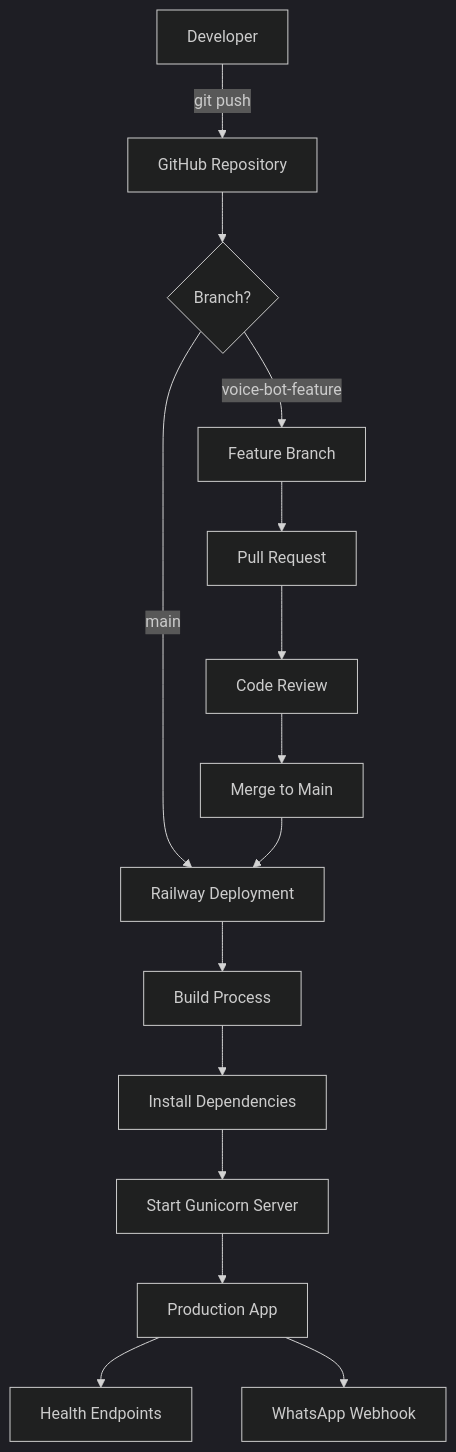
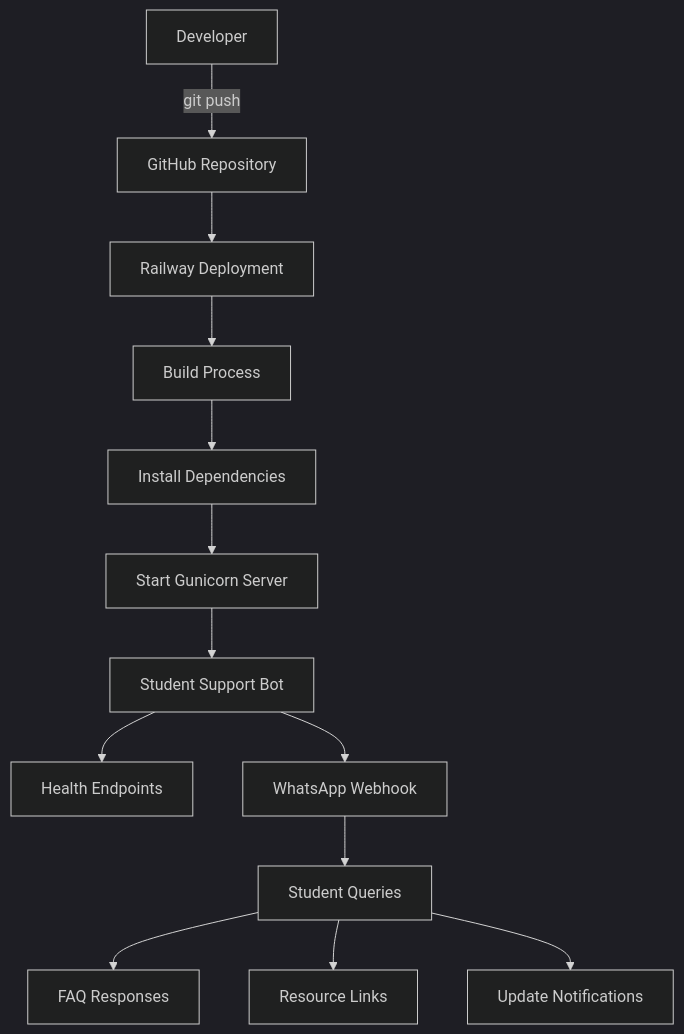
The fourth of 4 diagrams in flowchart.md (sarthak-genai-33/whatsapp-education-bot), drawn with Mermaid (dark theme) before and after one commit. The commit also changed other lines of this file and 2 other files, not shown here.

````diff
--- a/flowchart.md
+++ b/flowchart.md
@@ -126,21 +128,18 @@
 ```mermaid
 flowchart TD
     A[Developer] -->|git push| B[GitHub Repository]
-    B --> C{Branch?}
+    B --> C[Railway Deployment]
     
-    C -->|main| D[Railway Deployment]
-    C -->|voice-bot-feature| E[Feature Branch]
+    C --> D[Build Process]
+    D --> E[Install Dependencies]
+    E --> F[Start Gunicorn Server]
+    F --> G[Student Support Bot]
     
-    D --> F[Build Process]
-    F --> G[Install Dependencies]
-    G --> H[Start Gunicorn Server]
-    H --> I[Production App]
+    G --> H[Health Endpoints]
+    G --> I[WhatsApp Webhook]
     
-    I --> J[Health Endpoints]
-    I --> K[WhatsApp Webhook]
-    
-    E --> L[Pull Request]
-    L --> M[Code Review]
-    M --> N[Merge to Main]
-    N --> D
+    I --> J[Student Queries]
+    J --> K[FAQ Responses]
+    J --> L[Resource Links]
+    J --> M[Update Notifications]
 ```
````
